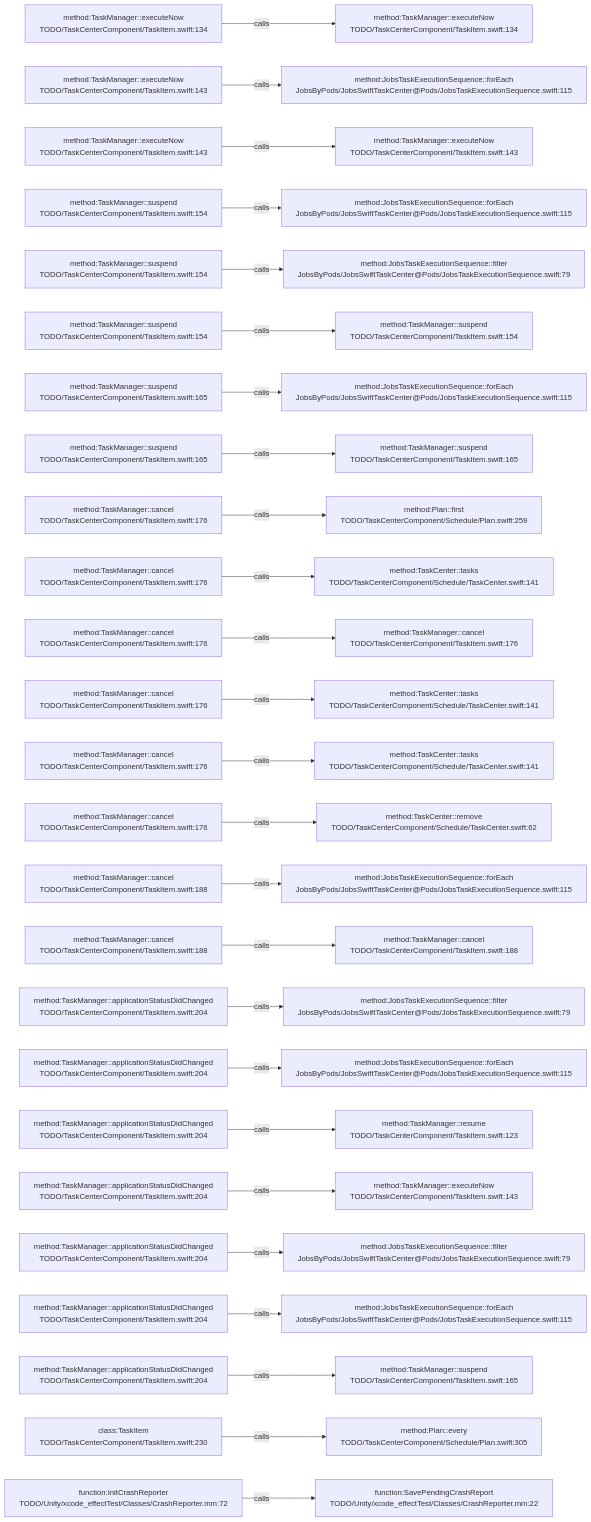
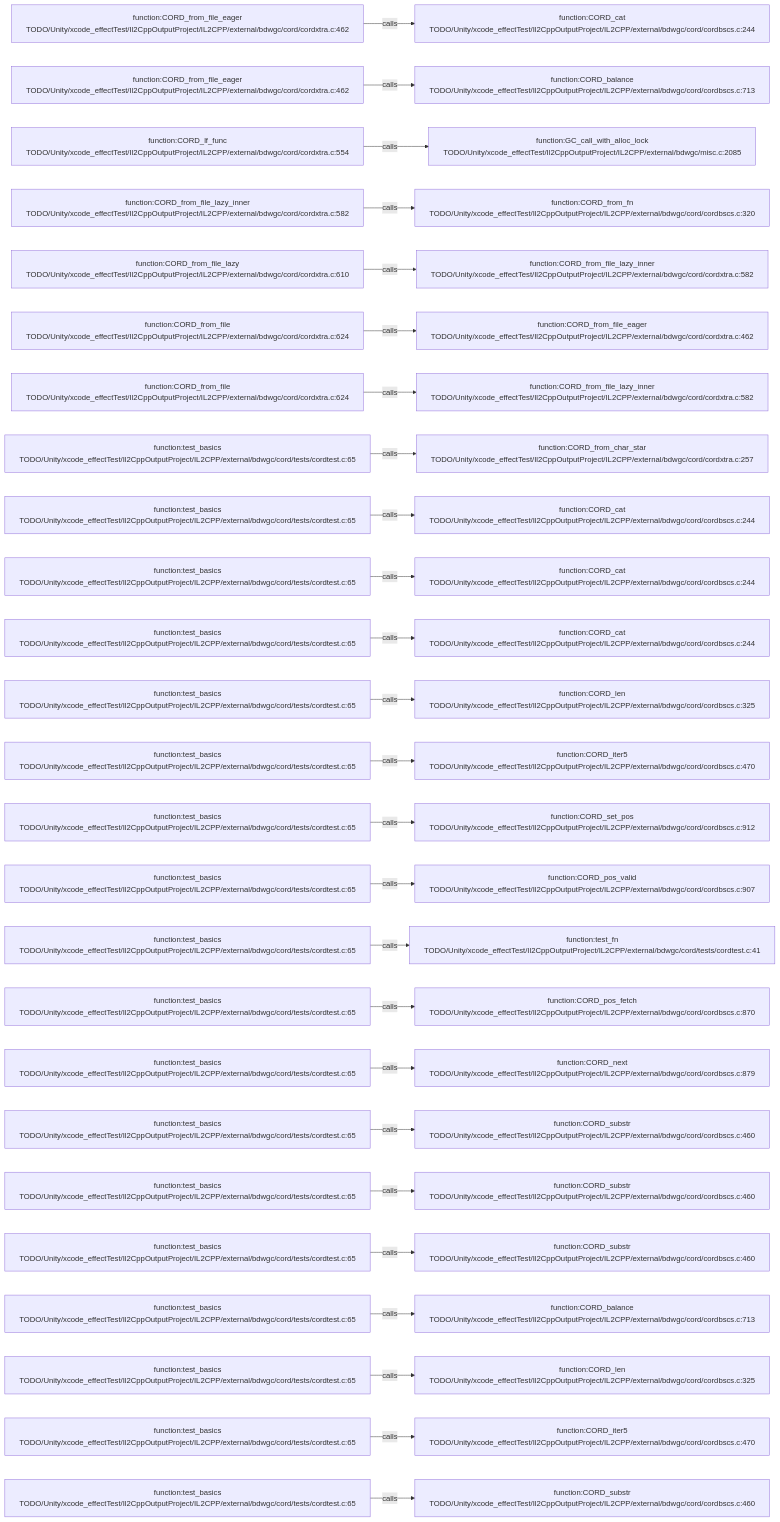
Before and after one commit to JobsKits/JobsSwiftBaseConfigDemo: the diagram in .codegraph/codegraph.md/graphs/calls-089.md, drawn with Mermaid. The commit also changed 227 other files, not shown here.

````diff
--- a/.codegraph/codegraph.md/graphs/calls-089.md
+++ b/.codegraph/codegraph.md/graphs/calls-089.md
@@ -13,78 +13,78 @@
 ```mermaid
 flowchart LR
-  S1["method:TaskManager::executeNow<br/>TODO/TaskCenterComponent/TaskItem.swift:134"]
-  T1["method:TaskManager::executeNow<br/>TODO/TaskCenterComponent/TaskItem.swift:134"]
+  S1["function:CORD_from_file_eager<br/>TODO/Unity/xcode_effectTest/Il2CppOutputProject/IL2CPP/external/bdwgc/cord/cordxtra.c:462"]
+  T1["function:CORD_cat<br/>TODO/Unity/xcode_effectTest/Il2CppOutputProject/IL2CPP/external/bdwgc/cord/cordbscs.c:244"]
   S1 -->|calls| T1
-  S2["method:TaskManager::executeNow<br/>TODO/TaskCenterComponent/TaskItem.swift:143"]
-  T2["method:JobsTaskExecutionSequence::forEach<br/>JobsByPods/JobsSwiftTaskCenter@Pods/JobsTaskExecutionSequence.swift:115"]
+  S2["function:CORD_from_file_eager<br/>TODO/Unity/xcode_effectTest/Il2CppOutputProject/IL2CPP/external/bdwgc/cord/cordxtra.c:462"]
+  T2["function:CORD_balance<br/>TODO/Unity/xcode_effectTest/Il2CppOutputProject/IL2CPP/external/bdwgc/cord/cordbscs.c:713"]
   S2 -->|calls| T2
-  S3["method:TaskManager::executeNow<br/>TODO/TaskCenterComponent/TaskItem.swift:143"]
-  T3["method:TaskManager::executeNow<br/>TODO/TaskCenterComponent/TaskItem.swift:143"]
+  S3["function:CORD_lf_func<br/>TODO/Unity/xcode_effectTest/Il2CppOutputProject/IL2CPP/external/bdwgc/cord/cordxtra.c:554"]
+  T3["function:GC_call_with_alloc_lock<br/>TODO/Unity/xcode_effectTest/Il2CppOutputProject/IL2CPP/external/bdwgc/misc.c:2085"]
   S3 -->|calls| T3
-  S4["method:TaskManager::suspend<br/>TODO/TaskCenterComponent/TaskItem.swift:154"]
-  T4["method:JobsTaskExecutionSequence::forEach<br/>JobsByPods/JobsSwiftTaskCenter@Pods/JobsTaskExecutionSequence.swift:115"]
+  S4["function:CORD_from_file_lazy_inner<br/>TODO/Unity/xcode_effectTest/Il2CppOutputProject/IL2CPP/external/bdwgc/cord/cordxtra.c:582"]
+  T4["function:CORD_from_fn<br/>TODO/Unity/xcode_effectTest/Il2CppOutputProject/IL2CPP/external/bdwgc/cord/cordbscs.c:320"]
   S4 -->|calls| T4
-  S5["method:TaskManager::suspend<br/>TODO/TaskCenterComponent/TaskItem.swift:154"]
-  T5["method:JobsTaskExecutionSequence::filter<br/>JobsByPods/JobsSwiftTaskCenter@Pods/JobsTaskExecutionSequence.swift:79"]
+  S5["function:CORD_from_file_lazy<br/>TODO/Unity/xcode_effectTest/Il2CppOutputProject/IL2CPP/external/bdwgc/cord/cordxtra.c:610"]
+  T5["function:CORD_from_file_lazy_inner<br/>TODO/Unity/xcode_effectTest/Il2CppOutputProject/IL2CPP/external/bdwgc/cord/cordxtra.c:582"]
   S5 -->|calls| T5
-  S6["method:TaskManager::suspend<br/>TODO/TaskCenterComponent/TaskItem.swift:154"]
-  T6["method:TaskManager::suspend<br/>TODO/TaskCenterComponent/TaskItem.swift:154"]
+  S6["function:CORD_from_file<br/>TODO/Unity/xcode_effectTest/Il2CppOutputProject/IL2CPP/external/bdwgc/cord/cordxtra.c:624"]
+  T6["function:CORD_from_file_eager<br/>TODO/Unity/xcode_effectTest/Il2CppOutputProject/IL2CPP/external/bdwgc/cord/cordxtra.c:462"]
   S6 -->|calls| T6
-  S7["method:TaskManager::suspend<br/>TODO/TaskCenterComponent/TaskItem.swift:165"]
-  T7["method:JobsTaskExecutionSequence::forEach<br/>JobsByPods/JobsSwiftTaskCenter@Pods/JobsTaskExecutionSequence.swift:115"]
+  S7["function:CORD_from_file<br/>TODO/Unity/xcode_effectTest/Il2CppOutputProject/IL2CPP/external/bdwgc/cord/cordxtra.c:624"]
+  T7["function:CORD_from_file_lazy_inner<br/>TODO/Unity/xcode_effectTest/Il2CppOutputProject/IL2CPP/external/bdwgc/cord/cordxtra.c:582"]
   S7 -->|calls| T7
-  S8["method:TaskManager::suspend<br/>TODO/TaskCenterComponent/TaskItem.swift:165"]
-  T8["method:TaskManager::suspend<br/>TODO/TaskCenterComponent/TaskItem.swift:165"]
+  S8["function:test_basics<br/>TODO/Unity/xcode_effectTest/Il2CppOutputProject/IL2CPP/external/bdwgc/cord/tests/cordtest.c:65"]
+  T8["function:CORD_from_char_star<br/>TODO/Unity/xcode_effectTest/Il2CppOutputProject/IL2CPP/external/bdwgc/cord/cordxtra.c:257"]
   S8 -->|calls| T8
-  S9["method:TaskManager::cancel<br/>TODO/TaskCenterComponent/TaskItem.swift:176"]
-  T9["method:Plan::first<br/>TODO/TaskCenterComponent/Schedule/Plan.swift:259"]
+  S9["function:test_basics<br/>TODO/Unity/xcode_effectTest/Il2CppOutputProject/IL2CPP/external/bdwgc/cord/tests/cordtest.c:65"]
+  T9["function:CORD_cat<br/>TODO/Unity/xcode_effectTest/Il2CppOutputProject/IL2CPP/external/bdwgc/cord/cordbscs.c:244"]
   S9 -->|calls| T9
-  S10["method:TaskManager::cancel<br/>TODO/TaskCenterComponent/TaskItem.swift:176"]
-  T10["method:TaskCenter::tasks<br/>TODO/TaskCenterComponent/Schedule/TaskCenter.swift:141"]
+  S10["function:test_basics<br/>TODO/Unity/xcode_effectTest/Il2CppOutputProject/IL2CPP/external/bdwgc/cord/tests/cordtest.c:65"]
+  T10["function:CORD_cat<br/>TODO/Unity/xcode_effectTest/Il2CppOutputProject/IL2CPP/external/bdwgc/cord/cordbscs.c:244"]
   S10 -->|calls| T10
-  S11["method:TaskManager::cancel<br/>TODO/TaskCenterComponent/TaskItem.swift:176"]
-  T11["method:TaskManager::cancel<br/>TODO/TaskCenterComponent/TaskItem.swift:176"]
+  S11["function:test_basics<br/>TODO/Unity/xcode_effectTest/Il2CppOutputProject/IL2CPP/external/bdwgc/cord/tests/cordtest.c:65"]
+  T11["function:CORD_cat<br/>TODO/Unity/xcode_effectTest/Il2CppOutputProject/IL2CPP/external/bdwgc/cord/cordbscs.c:244"]
   S11 -->|calls| T11
-  S12["method:TaskManager::cancel<br/>TODO/TaskCenterComponent/TaskItem.swift:176"]
-  T12["method:TaskCenter::tasks<br/>TODO/TaskCenterComponent/Schedule/TaskCenter.swift:141"]
+  S12["function:test_basics<br/>TODO/Unity/xcode_effectTest/Il2CppOutputProject/IL2CPP/external/bdwgc/cord/tests/cordtest.c:65"]
+  T12["function:CORD_len<br/>TODO/Unity/xcode_effectTest/Il2CppOutputProject/IL2CPP/external/bdwgc/cord/cordbscs.c:325"]
   S12 -->|calls| T12
-  S13["method:TaskManager::cancel<br/>TODO/TaskCenterComponent/TaskItem.swift:176"]
-  T13["method:TaskCenter::tasks<br/>TODO/TaskCenterComponent/Schedule/TaskCenter.swift:141"]
+  S13["function:test_basics<br/>TODO/Unity/xcode_effectTest/Il2CppOutputProject/IL2CPP/external/bdwgc/cord/tests/cordtest.c:65"]
+  T13["function:CORD_iter5<br/>TODO/Unity/xcode_effectTest/Il2CppOutputProject/IL2CPP/external/bdwgc/cord/cordbscs.c:470"]
   S13 -->|calls| T13
-  S14["method:TaskManager::cancel<br/>TODO/TaskCenterComponent/TaskItem.swift:176"]
-  T14["method:TaskCenter::remove<br/>TODO/TaskCenterComponent/Schedule/TaskCenter.swift:62"]
+  S14["function:test_basics<br/>TODO/Unity/xcode_effectTest/Il2CppOutputProject/IL2CPP/external/bdwgc/cord/tests/cordtest.c:65"]
+  T14["function:CORD_set_pos<br/>TODO/Unity/xcode_effectTest/Il2CppOutputProject/IL2CPP/external/bdwgc/cord/cordbscs.c:912"]
   S14 -->|calls| T14
-  S15["method:TaskManager::cancel<br/>TODO/TaskCenterComponent/TaskItem.swift:188"]
-  T15["method:JobsTaskExecutionSequence::forEach<br/>JobsByPods/JobsSwiftTaskCenter@Pods/JobsTaskExecutionSequence.swift:115"]
+  S15["function:test_basics<br/>TODO/Unity/xcode_effectTest/Il2CppOutputProject/IL2CPP/external/bdwgc/cord/tests/cordtest.c:65"]
+  T15["function:CORD_pos_valid<br/>TODO/Unity/xcode_effectTest/Il2CppOutputProject/IL2CPP/external/bdwgc/cord/cordbscs.c:907"]
   S15 -->|calls| T15
-  S16["method:TaskManager::cancel<br/>TODO/TaskCenterComponent/TaskItem.swift:188"]
-  T16["method:TaskManager::cancel<br/>TODO/TaskCenterComponent/TaskItem.swift:188"]
+  S16["function:test_basics<br/>TODO/Unity/xcode_effectTest/Il2CppOutputProject/IL2CPP/external/bdwgc/cord/tests/cordtest.c:65"]
+  T16["function:test_fn<br/>TODO/Unity/xcode_effectTest/Il2CppOutputProject/IL2CPP/external/bdwgc/cord/tests/cordtest.c:41"]
   S16 -->|calls| T16
-  S17["method:TaskManager::applicationStatusDidChanged<br/>TODO/TaskCenterComponent/TaskItem.swift:204"]
-  T17["method:JobsTaskExecutionSequence::filter<br/>JobsByPods/JobsSwiftTaskCenter@Pods/JobsTaskExecutionSequence.swift:79"]
+  S17["function:test_basics<br/>TODO/Unity/xcode_effectTest/Il2CppOutputProject/IL2CPP/external/bdwgc/cord/tests/cordtest.c:65"]
+  T17["function:CORD_pos_fetch<br/>TODO/Unity/xcode_effectTest/Il2CppOutputProject/IL2CPP/external/bdwgc/cord/cordbscs.c:870"]
   S17 -->|calls| T17
-  S18["method:TaskManager::applicationStatusDidChanged<br/>TODO/TaskCenterComponent/TaskItem.swift:204"]
-  T18["method:JobsTaskExecutionSequence::forEach<br/>JobsByPods/JobsSwiftTaskCenter@Pods/JobsTaskExecutionSequence.swift:115"]
+  S18["function:test_basics<br/>TODO/Unity/xcode_effectTest/Il2CppOutputProject/IL2CPP/external/bdwgc/cord/tests/cordtest.c:65"]
+  T18["function:CORD_next<br/>TODO/Unity/xcode_effectTest/Il2CppOutputProject/IL2CPP/external/bdwgc/cord/cordbscs.c:879"]
   S18 -->|calls| T18
-  S19["method:TaskManager::applicationStatusDidChanged<br/>TODO/TaskCenterComponent/TaskItem.swift:204"]
-  T19["method:TaskManager::resume<br/>TODO/TaskCenterComponent/TaskItem.swift:123"]
+  S19["function:test_basics<br/>TODO/Unity/xcode_effectTest/Il2CppOutputProject/IL2CPP/external/bdwgc/cord/tests/cordtest.c:65"]
+  T19["function:CORD_substr<br/>TODO/Unity/xcode_effectTest/Il2CppOutputProject/IL2CPP/external/bdwgc/cord/cordbscs.c:460"]
   S19 -->|calls| T19
-  S20["method:TaskManager::applicationStatusDidChanged<br/>TODO/TaskCenterComponent/TaskItem.swift:204"]
-  T20["method:TaskManager::executeNow<br/>TODO/TaskCenterComponent/TaskItem.swift:143"]
+  S20["function:test_basics<br/>TODO/Unity/xcode_effectTest/Il2CppOutputProject/IL2CPP/external/bdwgc/cord/tests/cordtest.c:65"]
+  T20["function:CORD_substr<br/>TODO/Unity/xcode_effectTest/Il2CppOutputProject/IL2CPP/external/bdwgc/cord/cordbscs.c:460"]
   S20 -->|calls| T20
-  S21["method:TaskManager::applicationStatusDidChanged<br/>TODO/TaskCenterComponent/TaskItem.swift:204"]
-  T21["method:JobsTaskExecutionSequence::filter<br/>JobsByPods/JobsSwiftTaskCenter@Pods/JobsTaskExecutionSequence.swift:79"]
+  S21["function:test_basics<br/>TODO/Unity/xcode_effectTest/Il2CppOutputProject/IL2CPP/external/bdwgc/cord/tests/cordtest.c:65"]
+  T21["function:CORD_substr<br/>TODO/Unity/xcode_effectTest/Il2CppOutputProject/IL2CPP/external/bdwgc/cord/cordbscs.c:460"]
   S21 -->|calls| T21
-  S22["method:TaskManager::applicationStatusDidChanged<br/>TODO/TaskCenterComponent/TaskItem.swift:204"]
-  T22["method:JobsTaskExecutionSequence::forEach<br/>JobsByPods/JobsSwiftTaskCenter@Pods/JobsTaskExecutionSequence.swift:115"]
+  S22["function:test_basics<br/>TODO/Unity/xcode_effectTest/Il2CppOutputProject/IL2CPP/external/bdwgc/cord/tests/cordtest.c:65"]
+  T22["function:CORD_balance<br/>TODO/Unity/xcode_effectTest/Il2CppOutputProject/IL2CPP/external/bdwgc/cord/cordbscs.c:713"]
   S22 -->|calls| T22
-  S23["method:TaskManager::applicationStatusDidChanged<br/>TODO/TaskCenterComponent/TaskItem.swift:204"]
-  T23["method:TaskManager::suspend<br/>TODO/TaskCenterComponent/TaskItem.swift:165"]
+  S23["function:test_basics<br/>TODO/Unity/xcode_effectTest/Il2CppOutputProject/IL2CPP/external/bdwgc/cord/tests/cordtest.c:65"]
+  T23["function:CORD_len<br/>TODO/Unity/xcode_effectTest/Il2CppOutputProject/IL2CPP/external/bdwgc/cord/cordbscs.c:325"]
   S23 -->|calls| T23
-  S24["class:TaskItem<br/>TODO/TaskCenterComponent/TaskItem.swift:230"]
-  T24["method:Plan::every<br/>TODO/TaskCenterComponent/Schedule/Plan.swift:305"]
+  S24["function:test_basics<br/>TODO/Unity/xcode_effectTest/Il2CppOutputProject/IL2CPP/external/bdwgc/cord/tests/cordtest.c:65"]
+  T24["function:CORD_iter5<br/>TODO/Unity/xcode_effectTest/Il2CppOutputProject/IL2CPP/external/bdwgc/cord/cordbscs.c:470"]
   S24 -->|calls| T24
-  S25["function:InitCrashReporter<br/>TODO/Unity/xcode_effectTest/Classes/CrashReporter.mm:72"]
-  T25["function:SavePendingCrashReport<br/>TODO/Unity/xcode_effectTest/Classes/CrashReporter.mm:22"]
+  S25["function:test_basics<br/>TODO/Unity/xcode_effectTest/Il2CppOutputProject/IL2CPP/external/bdwgc/cord/tests/cordtest.c:65"]
+  T25["function:CORD_substr<br/>TODO/Unity/xcode_effectTest/Il2CppOutputProject/IL2CPP/external/bdwgc/cord/cordbscs.c:460"]
   S25 -->|calls| T25
 ```
````
